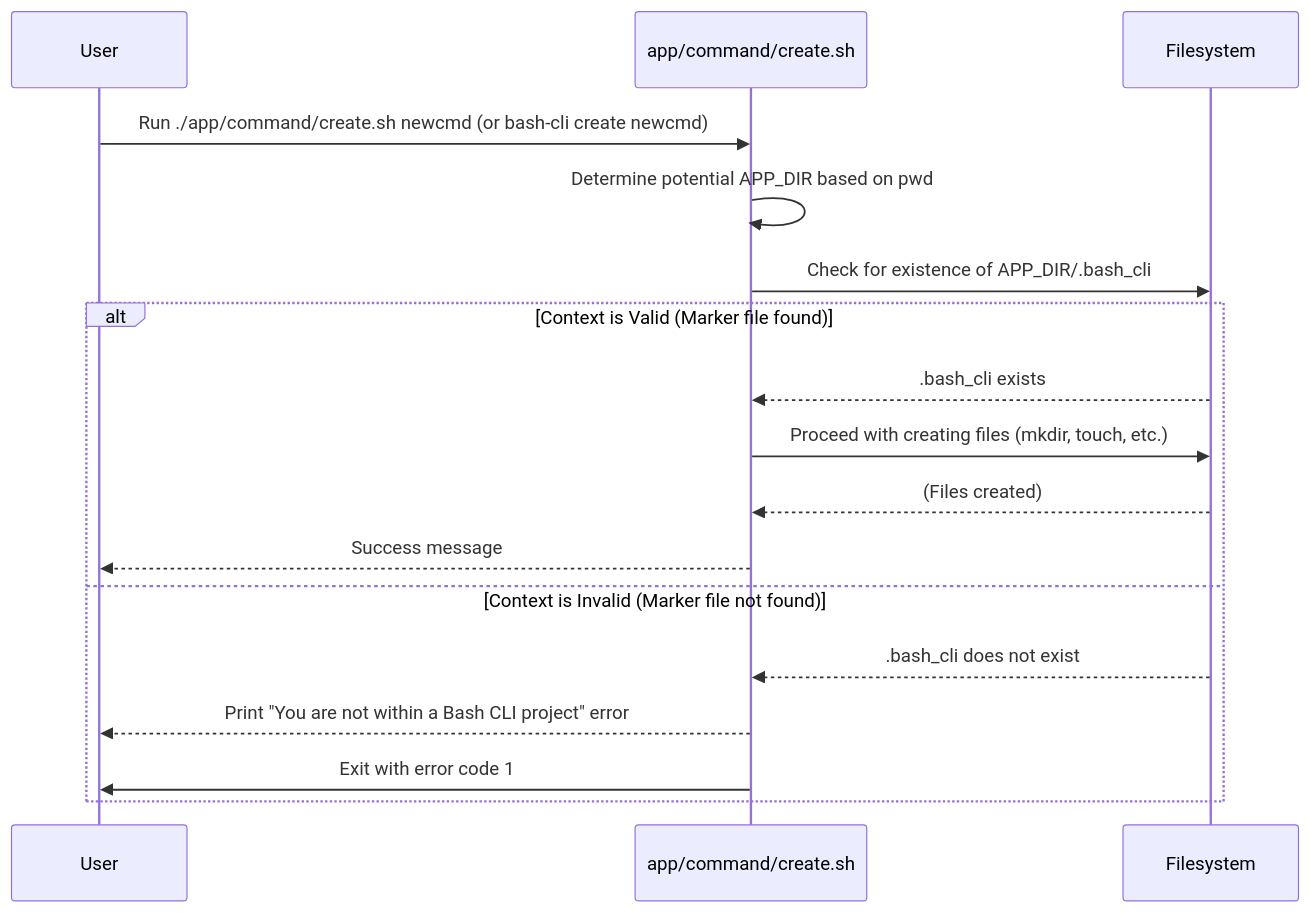
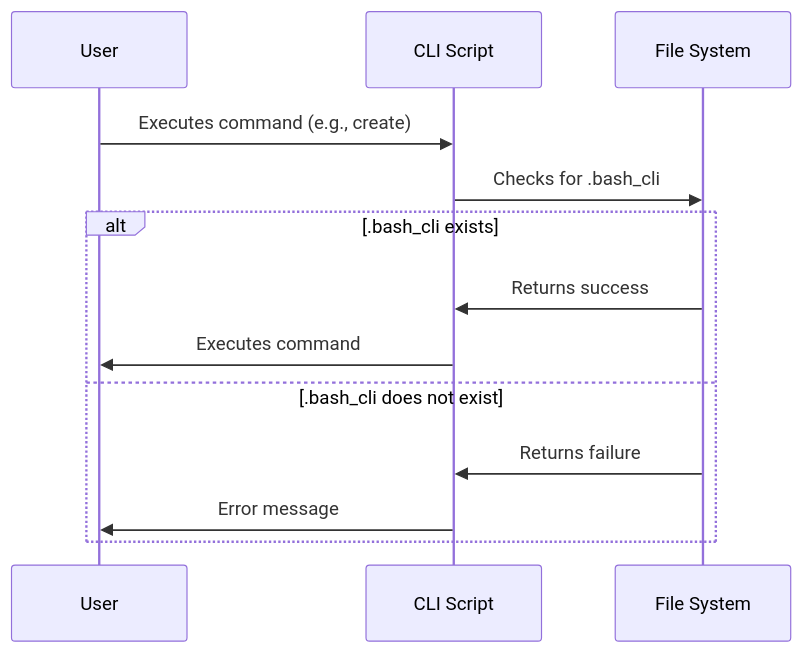
One commit to aireilly/bash-cli-docs-test changed the diagram in docs/06_project_context___validation_.md. Above: the diagram before and after it, drawn with Mermaid. The commit also changed other lines of this file and 6 other files, not shown here.

````diff
--- a/docs/06_project_context___validation_.md
+++ b/docs/06_project_context___validation_.md
@@ -46,21 +46,16 @@
 ```mermaid
 sequenceDiagram
     participant User
-    participant CreateScript as app/command/create.sh
-    participant FS as Filesystem
+    participant CLI Script
+    participant File System
 
-    User->>CreateScript: Run ./app/command/create.sh newcmd (or bash-cli create newcmd)
-    CreateScript->>CreateScript: Determine potential APP_DIR based on pwd
-    CreateScript->>FS: Check for existence of APP_DIR/.bash_cli
-    alt Context is Valid (Marker file found)
-        FS-->>CreateScript: .bash_cli exists
-        CreateScript->>FS: Proceed with creating files (mkdir, touch, etc.)
-        FS-->>CreateScript: (Files created)
-        CreateScript-->>User: Success message
-    else Context is Invalid (Marker file not found)
-        FS-->>CreateScript: .bash_cli does not exist
-        CreateScript-->>User: Print "You are not within a Bash CLI project" error
-        CreateScript->>User: Exit with error code 1
+    User->>CLI Script: Executes command (e.g., create)
+    CLI Script->>File System: Checks for .bash_cli
+    alt .bash_cli exists
+        File System->>CLI Script: Returns success
+        CLI Script->>User: Executes command
+    else .bash_cli does not exist
+        File System->>CLI Script: Returns failure
+        CLI Script->>User: Error message
     end
-
 ```
````
